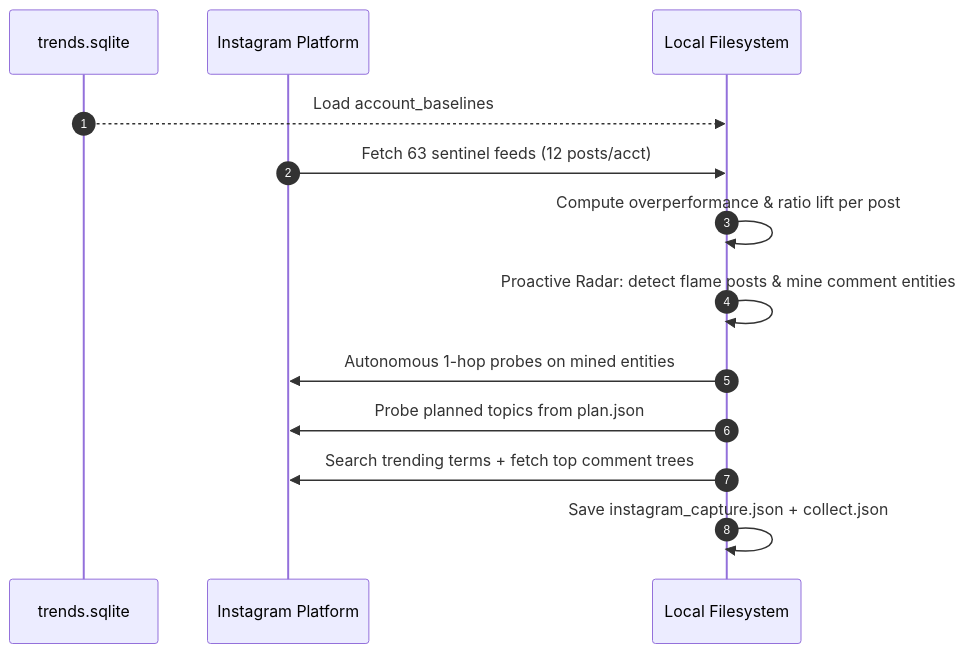
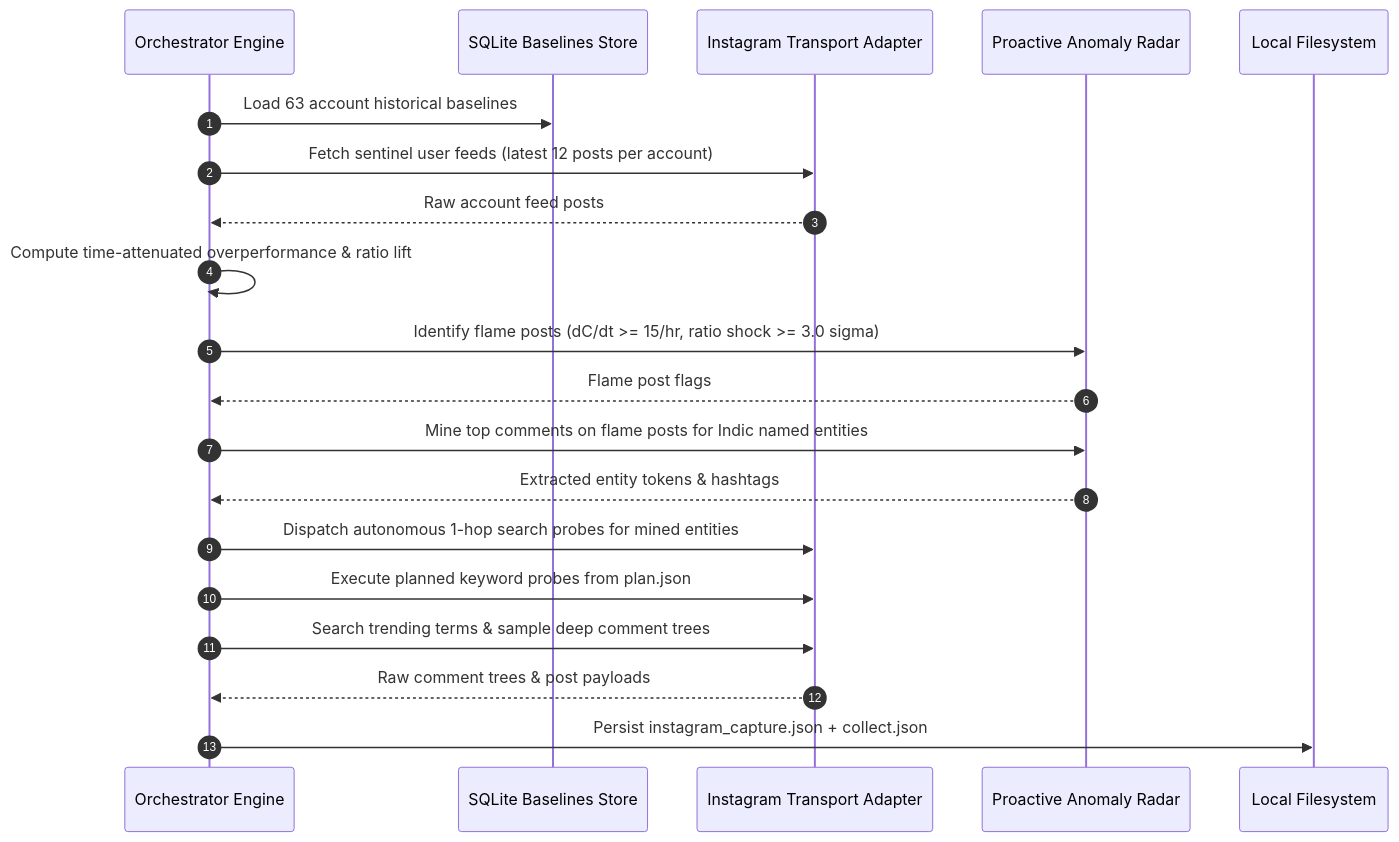
One commit to shankha06/identify-what-matters changed diagram 15 of 18 in docs/ARCHITECTURE.md. Above: the diagram before and after it, drawn with Mermaid. The commit also changed other lines of this file and 21 other files, not shown here.

````diff
--- a/docs/ARCHITECTURE.md
+++ b/docs/ARCHITECTURE.md
@@ -515,16 +732,23 @@
 ```mermaid
 sequenceDiagram
     autonumber
-    participant DB as trends.sqlite
-    participant IG as Instagram Platform
+    participant CLI as Orchestrator Engine
+    participant DB as SQLite Baselines Store
+    participant IG as Instagram Transport Adapter
+    participant RADAR as Proactive Anomaly Radar
     participant FS as Local Filesystem
 
-    DB-->>FS: Load account_baselines
-    IG->>FS: Fetch 63 sentinel feeds (12 posts/acct)
-    FS->>FS: Compute overperformance & ratio lift per post
-    FS->>FS: Proactive Radar: detect flame posts & mine comment entities
-    FS->>IG: Autonomous 1-hop probes on mined entities
-    FS->>IG: Probe planned topics from plan.json
-    FS->>IG: Search trending terms + fetch top comment trees
-    FS->>FS: Save instagram_capture.json + collect.json
+    CLI->>DB: Load 63 account historical baselines
+    CLI->>IG: Fetch sentinel user feeds (latest 12 posts per account)
+    IG-->>CLI: Raw account feed posts
+    CLI->>CLI: Compute time-attenuated overperformance & ratio lift
+    CLI->>RADAR: Identify flame posts (dC/dt >= 15/hr, ratio shock >= 3.0 sigma)
+    RADAR-->>CLI: Flame post flags
+    CLI->>RADAR: Mine top comments on flame posts for Indic named entities
+    RADAR-->>CLI: Extracted entity tokens & hashtags
+    CLI->>IG: Dispatch autonomous 1-hop search probes for mined entities
+    CLI->>IG: Execute planned keyword probes from plan.json
+    CLI->>IG: Search trending terms & sample deep comment trees
+    IG-->>CLI: Raw comment trees & post payloads
+    CLI->>FS: Persist instagram_capture.json + collect.json
 ```
````
